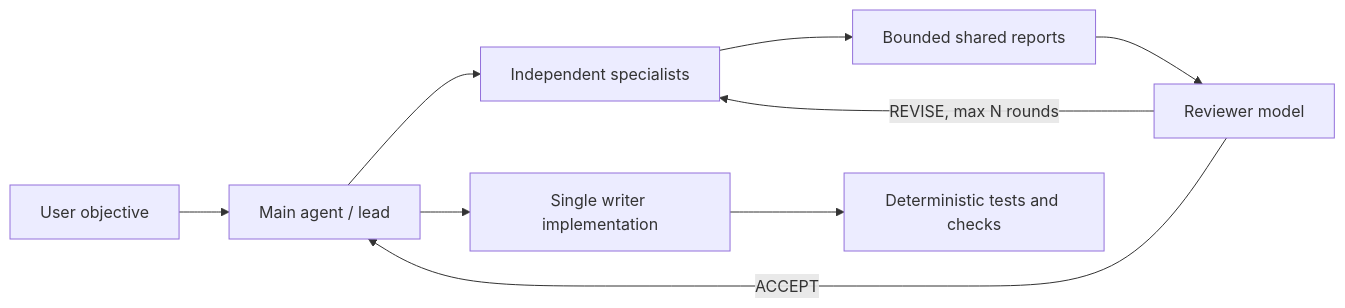
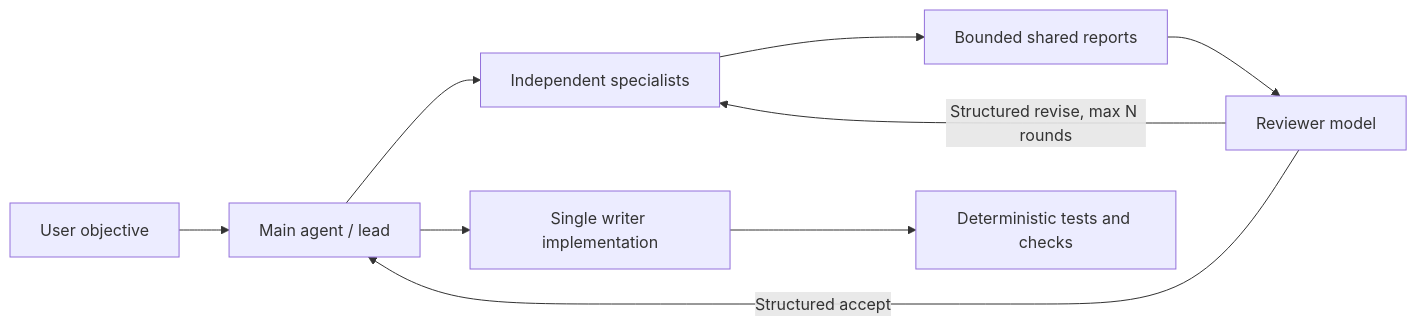
Before and after one commit to lixiang12345/skein: the diagram in docs/MULTI_MODEL_TEAMS.md, drawn with Mermaid. The commit also changed other lines of this file and 30 other files, not shown here.

````diff
--- a/docs/MULTI_MODEL_TEAMS.md
+++ b/docs/MULTI_MODEL_TEAMS.md
@@ -67,11 +67,11 @@
 ```mermaid
 flowchart LR
     U["User objective"] --> L["Main agent / lead"]
     L --> A["Independent specialists"]
     A --> B["Bounded shared reports"]
     B --> R["Reviewer model"]
-    R -->|"ACCEPT"| L
-    R -->|"REVISE, max N rounds"| A
+    R -->|"Structured accept"| L
+    R -->|"Structured revise, max N rounds"| A
     L --> W["Single writer implementation"]
     W --> V["Deterministic tests and checks"]
 ```
````
